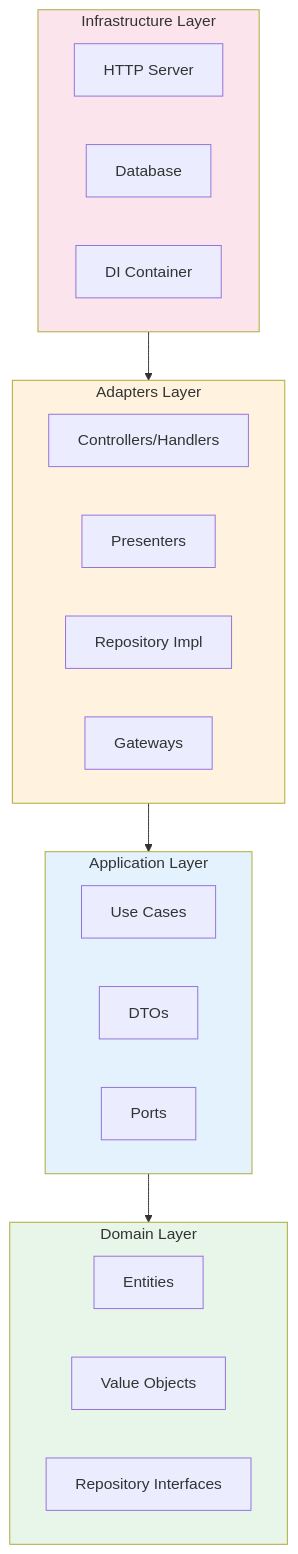
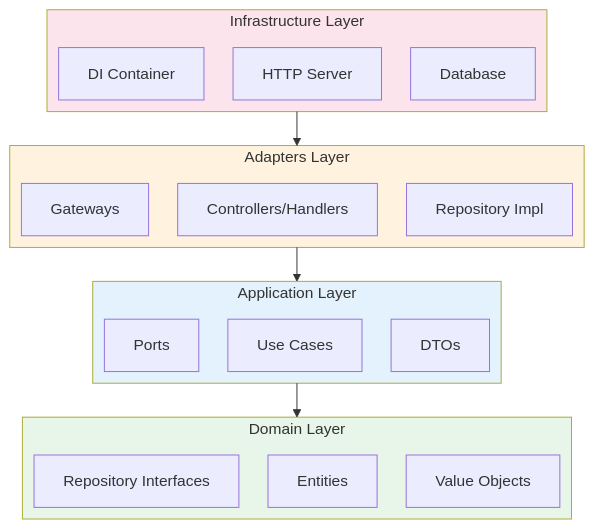
Before and after one commit to Wondermove-Inc/calab-claude-plugin: the first of 2 diagrams in plugins/architecture/README.md, drawn with Mermaid. The commit also changed other lines of this file and 14 other files, not shown here.

First line of the commit message:
[feature]: Hexagonal Architecture 지원 추가 및 스킬 통합 (v3.0.0)

````diff
--- a/plugins/architecture/README.md
+++ b/plugins/architecture/README.md
@@ -45,36 +59,36 @@
 ```mermaid
+%%{init: {'layout': 'elk'}}%%
 flowchart TB
+    subgraph Infrastructure["Infrastructure Layer"]
+        HTTP["HTTP Server"]
+        DB["Database"]
+        DI["DI Container"]
+    end
+
     subgraph Adapters["Adapters Layer"]
         C["Controllers/Handlers"]
-        P["Presenters"]
         RI["Repository Impl"]
         GW["Gateways"]
     end
 
     subgraph Application["Application Layer"]
         UC["Use Cases"]
         DTO["DTOs"]
         Port["Ports"]
     end
 
     subgraph Domain["Domain Layer"]
         E["Entities"]
         VO["Value Objects"]
         RepoI["Repository Interfaces"]
     end
 
-    subgraph Infrastructure["Infrastructure Layer"]
-        HTTP["HTTP Server"]
-        DB["Database"]
-        DI["DI Container"]
-    end
-
     Infrastructure --> Adapters
     Adapters --> Application
     Application --> Domain
 
     style Domain fill:#e8f5e9
     style Application fill:#e3f2fd
     style Adapters fill:#fff3e0
     style Infrastructure fill:#fce4ec
 ```
````
